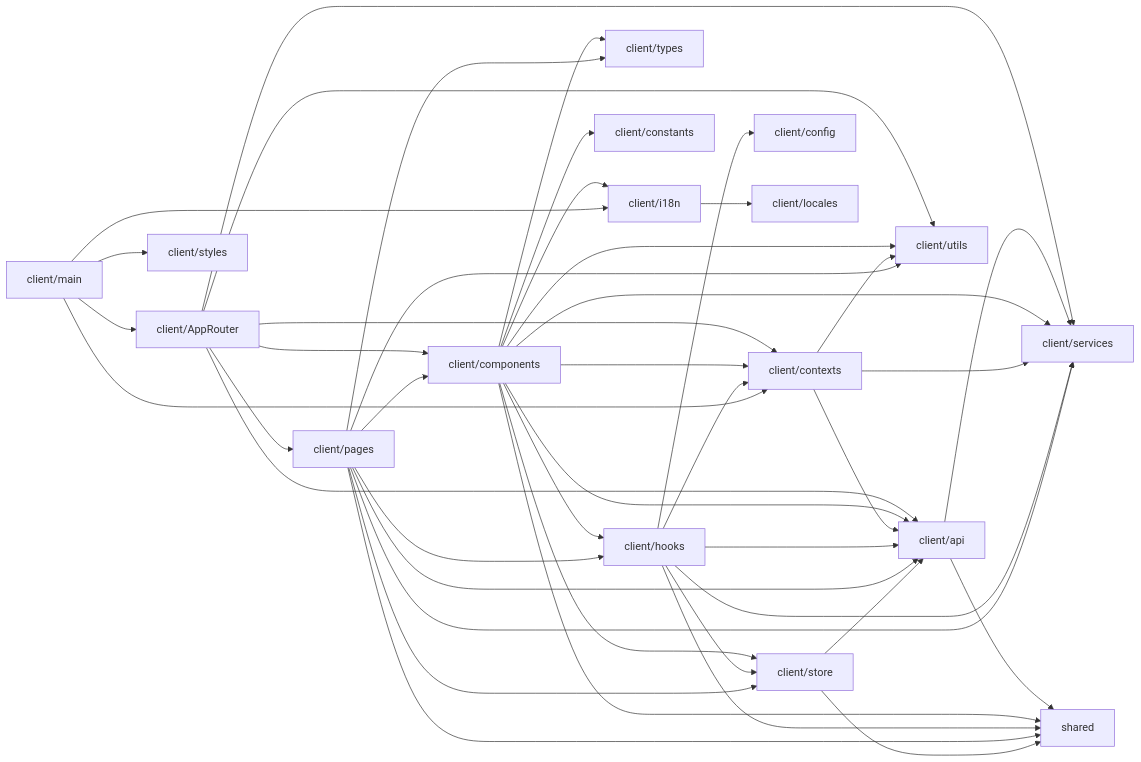
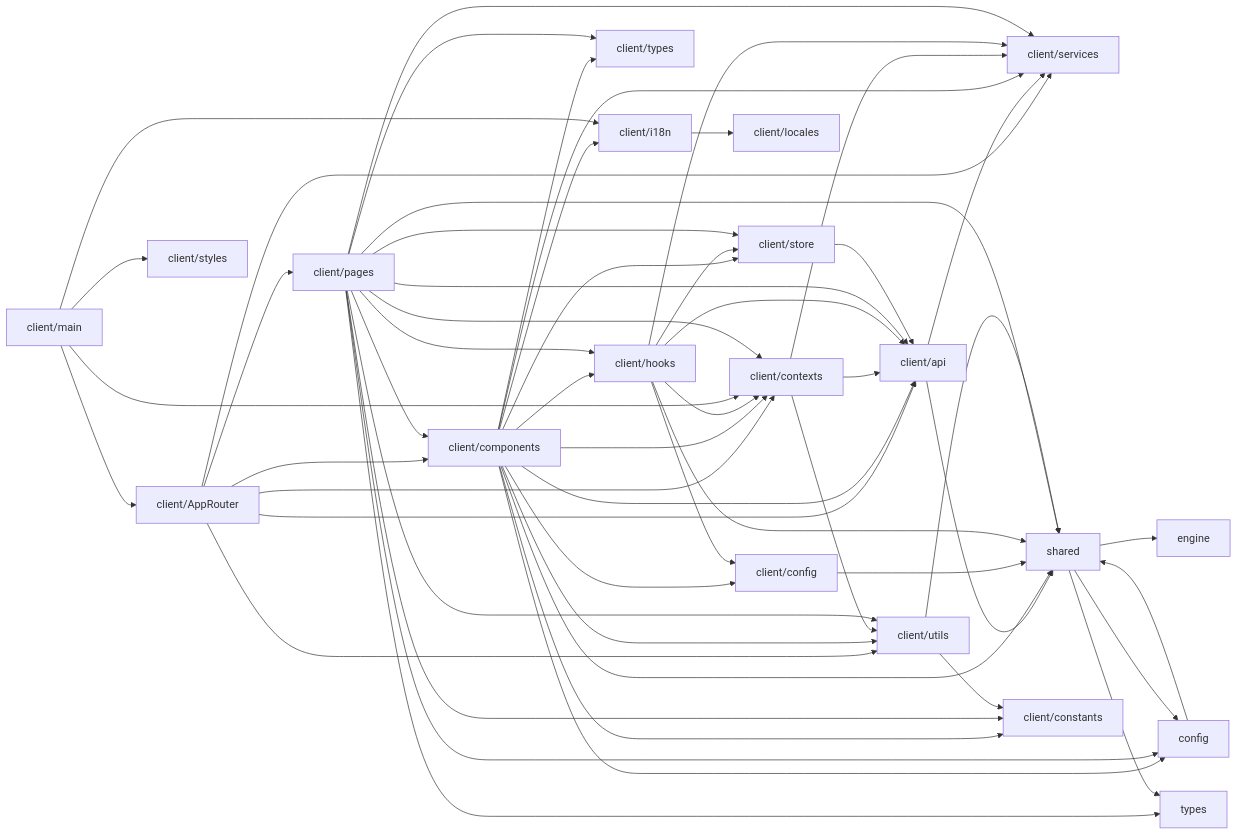
One commit to arcanewords-app/arcane-reader changed the first of 2 diagrams in docs/01-reference/dependency-graphs/client-deps.md. Above: the diagram before and after it, drawn with Mermaid. The commit also changed other lines of this file and 31 other files, not shown here.

````diff
--- a/docs/01-reference/dependency-graphs/client-deps.md
+++ b/docs/01-reference/dependency-graphs/client-deps.md
@@ -19,62 +19,77 @@
 ```mermaid
 flowchart LR
   src_client_AppRouter["client/AppRouter"]
   src_client_api["client/api"]
   src_client_AppRouter --> src_client_api
   src_client_components["client/components"]
   src_client_AppRouter --> src_client_components
   src_client_contexts["client/contexts"]
   src_client_AppRouter --> src_client_contexts
   src_client_pages["client/pages"]
   src_client_AppRouter --> src_client_pages
   src_client_services["client/services"]
   src_client_AppRouter --> src_client_services
   src_client_utils["client/utils"]
   src_client_AppRouter --> src_client_utils
   src_client_api --> src_client_services
   src_shared["shared"]
   src_client_api --> src_shared
+  src_client_components --> src_shared
+  src_client_components --> src_client_contexts
+  src_client_components --> src_client_utils
   src_client_hooks["client/hooks"]
   src_client_components --> src_client_hooks
   src_client_components --> src_client_services
-  src_client_components --> src_client_utils
-  src_client_components --> src_shared
   src_client_components --> src_client_api
+  src_client_config["client/config"]
+  src_client_components --> src_client_config
+  src_client_constants["client/constants"]
+  src_client_components --> src_client_constants
   src_client_types["client/types"]
   src_client_components --> src_client_types
-  src_client_components --> src_client_contexts
   src_client_store["client/store"]
   src_client_components --> src_client_store
   src_client_i18n["client/i18n"]
   src_client_components --> src_client_i18n
-  src_client_constants["client/constants"]
-  src_client_components --> src_client_constants
-  src_client_contexts --> src_client_utils
+  src_config["config"]
+  src_client_components --> src_config
+  src_client_config --> src_shared
   src_client_contexts --> src_client_api
   src_client_contexts --> src_client_services
+  src_client_contexts --> src_client_utils
   src_client_hooks --> src_client_api
+  src_client_hooks --> src_client_config
   src_client_hooks --> src_client_services
   src_client_hooks --> src_client_store
   src_client_hooks --> src_shared
-  src_client_config["client/config"]
-  src_client_hooks --> src_client_config
   src_client_hooks --> src_client_contexts
   src_client_locales["client/locales"]
   src_client_i18n --> src_client_locales
   src_client_main["client/main"]
   src_client_main --> src_client_AppRouter
   src_client_main --> src_client_contexts
   src_client_main --> src_client_i18n
   src_client_styles["client/styles"]
   src_client_main --> src_client_styles
+  src_client_pages --> src_client_hooks
+  src_client_pages --> src_client_components
+  src_client_pages --> src_client_services
   src_client_pages --> src_client_api
-  src_client_pages --> src_client_components
-  src_client_pages --> src_client_hooks
+  src_client_pages --> src_client_constants
+  src_types["types"]
+  src_client_pages --> src_types
   src_client_pages --> src_client_store
   src_client_pages --> src_client_types
   src_client_pages --> src_shared
-  src_client_pages --> src_client_services
+  src_client_pages --> src_client_contexts
   src_client_pages --> src_client_utils
+  src_client_pages --> src_config
   src_client_store --> src_client_api
-  src_client_store --> src_shared
+  src_client_utils --> src_client_constants
+  src_client_utils --> src_shared
+  src_config --> src_shared
+  src_shared --> src_config
+  src_engine["engine"]
+  src_shared --> src_engine
+  src_shared --> src_types
 ```
````
